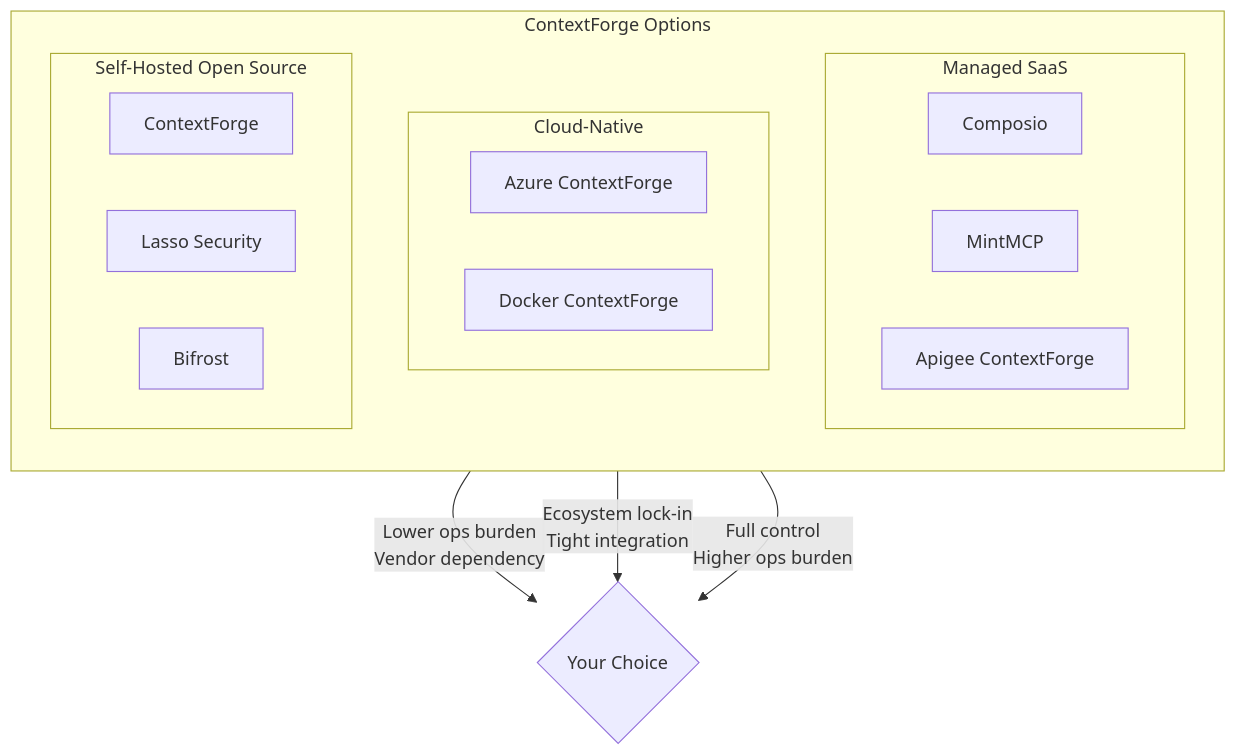
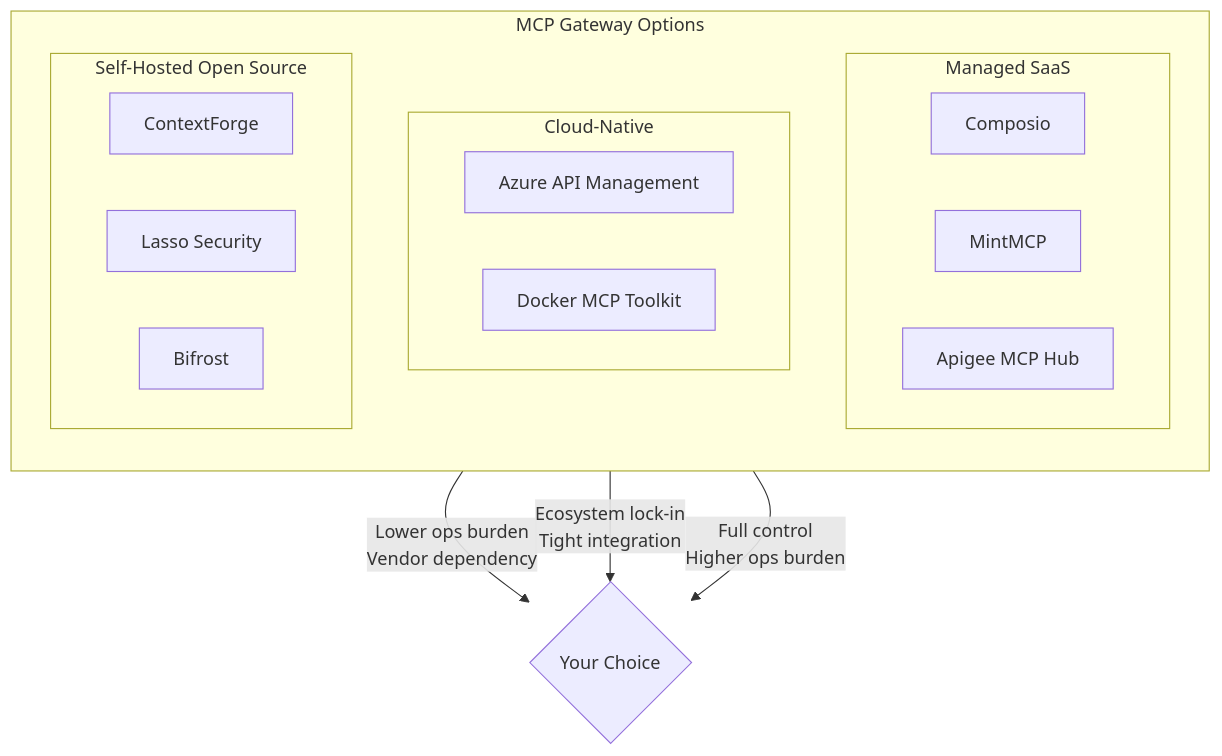
Before and after one commit to tedhabeck/mcp-context-forge: the first of 5 diagrams in docs/docs/best-practices/selecting-an-mcp-gateway.md, drawn with Mermaid. The commit also changed other lines of this file and 3 other files, not shown here.

First line of the commit message:
docs: fix rebrand errors where ContextForge replaced generic terms (#3093)

````diff
--- a/docs/docs/best-practices/selecting-an-mcp-gateway.md
+++ b/docs/docs/best-practices/selecting-an-mcp-gateway.md
@@ -19,24 +19,24 @@
 ```mermaid
 flowchart TB
-    subgraph "ContextForge Options"
+    subgraph "MCP Gateway Options"
         direction TB
         subgraph managed["Managed SaaS"]
             composio["Composio"]
             mintmcp["MintMCP"]
-            apigee["Apigee ContextForge"]
+            apigee["Apigee MCP Hub"]
         end
         subgraph cloud["Cloud-Native"]
-            azure["Azure ContextForge"]
-            docker["Docker ContextForge"]
+            azure["Azure API Management"]
+            docker["Docker MCP Toolkit"]
         end
         subgraph selfhosted["Self-Hosted Open Source"]
             contextforge["ContextForge"]
             lasso["Lasso Security"]
             bifrost["Bifrost"]
         end
     end
 
     managed --> |"Lower ops burden<br>Vendor dependency"| decision{Your Choice}
     cloud --> |"Ecosystem lock-in<br>Tight integration"| decision
     selfhosted --> |"Full control<br>Higher ops burden"| decision
 ```
````
